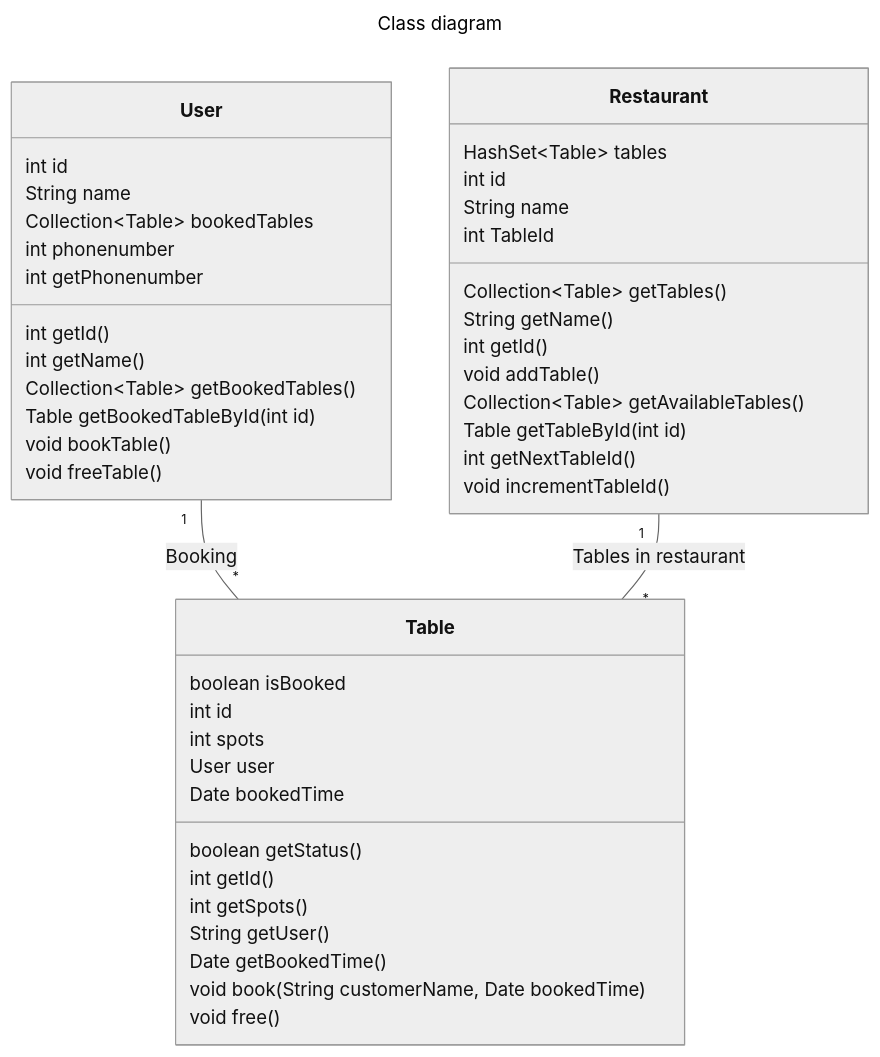
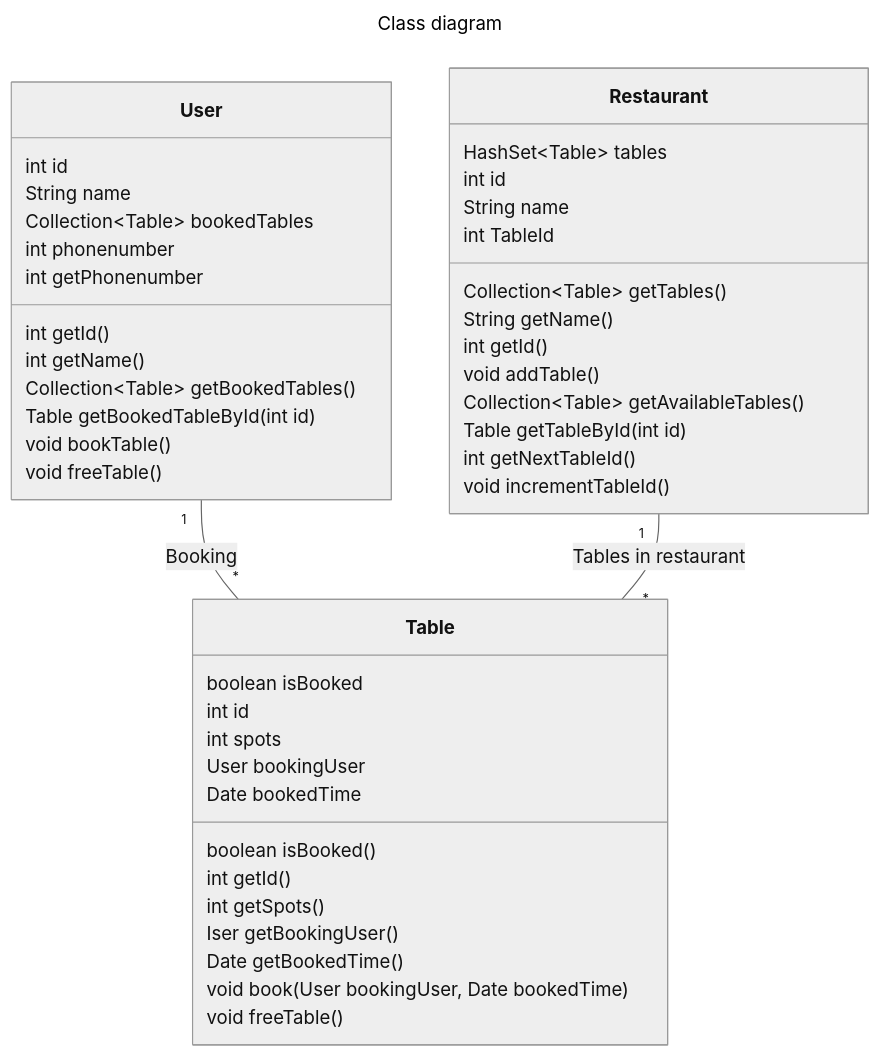
The diagram in class-diagram.md (marsun02/IT1901_Booking_Manager), drawn with Mermaid (neutral theme) before and after one commit.

Commit message:
docs: :memo: Updated class-diagram.md with the correct fields for Table #56

````diff
--- a/class-diagram.md
+++ b/class-diagram.md
@@ -1,58 +1,58 @@
 ```mermaid
 ---
 title: Class diagram
 ---
 
 classDiagram
     class Table{
         boolean isBooked
         int id
         int spots
-        User user
+        User bookingUser
         Date bookedTime
 
-        boolean getStatus()
+        boolean isBooked()
         int getId()
         int getSpots()
-        String getUser()
+        Iser getBookingUser()
         Date getBookedTime()
-        void book(String customerName, Date bookedTime)
-        void free()
+        void book(User bookingUser, Date bookedTime)
+        void freeTable()
     }
 
     class User{
         int id
         String name
         Collection&lt;Table&gt bookedTables
         int phonenumber
 
         int getId()
         int getName()
         Collection&lt;Table&gt getBookedTables()
         Table getBookedTableById(int id)
         int getPhonenumber
         void bookTable()
         void freeTable()
     }
 
     class Restaurant{
         
         HashSet&lt;Table&gt; tables
         int id
         String name
         int TableId
 
 
         Collection&lt;Table&gt getTables()
         String getName()
         int getId()
         void addTable()
         Collection&lt;Table&gt getAvailableTables()
         Table getTableById(int id)
         int getNextTableId()
         void incrementTableId()
     }
 
     User "1" -- "*" Table : Booking
     Restaurant "1" -- "*" Table : Tables in restaurant
 ```
````
